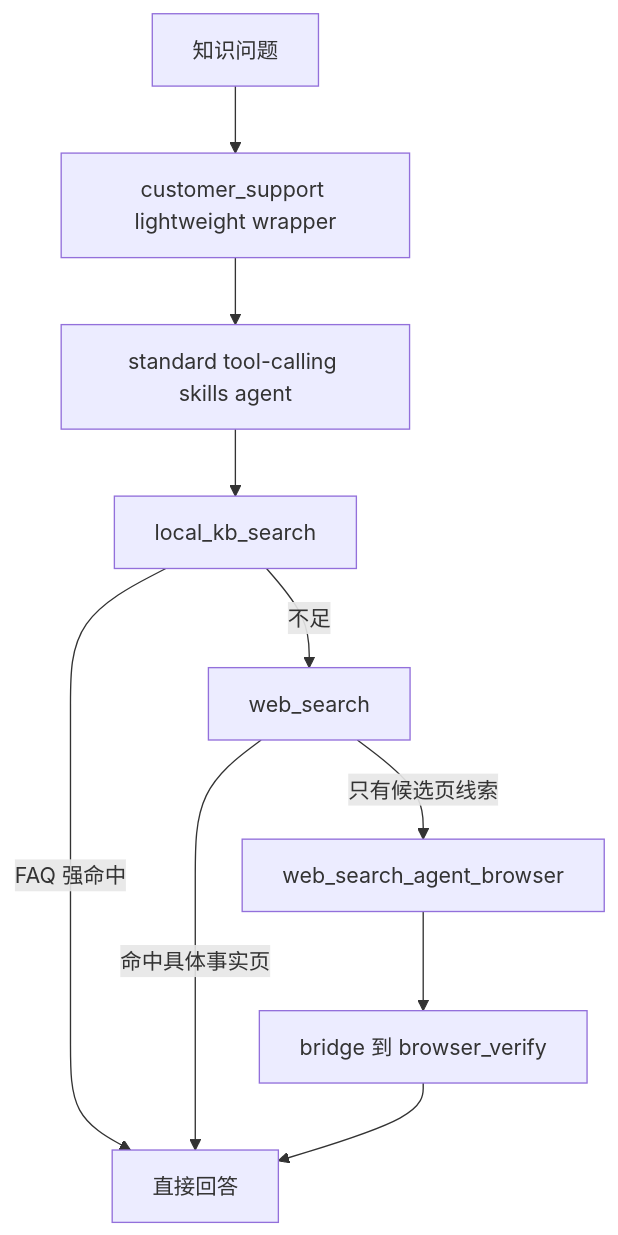
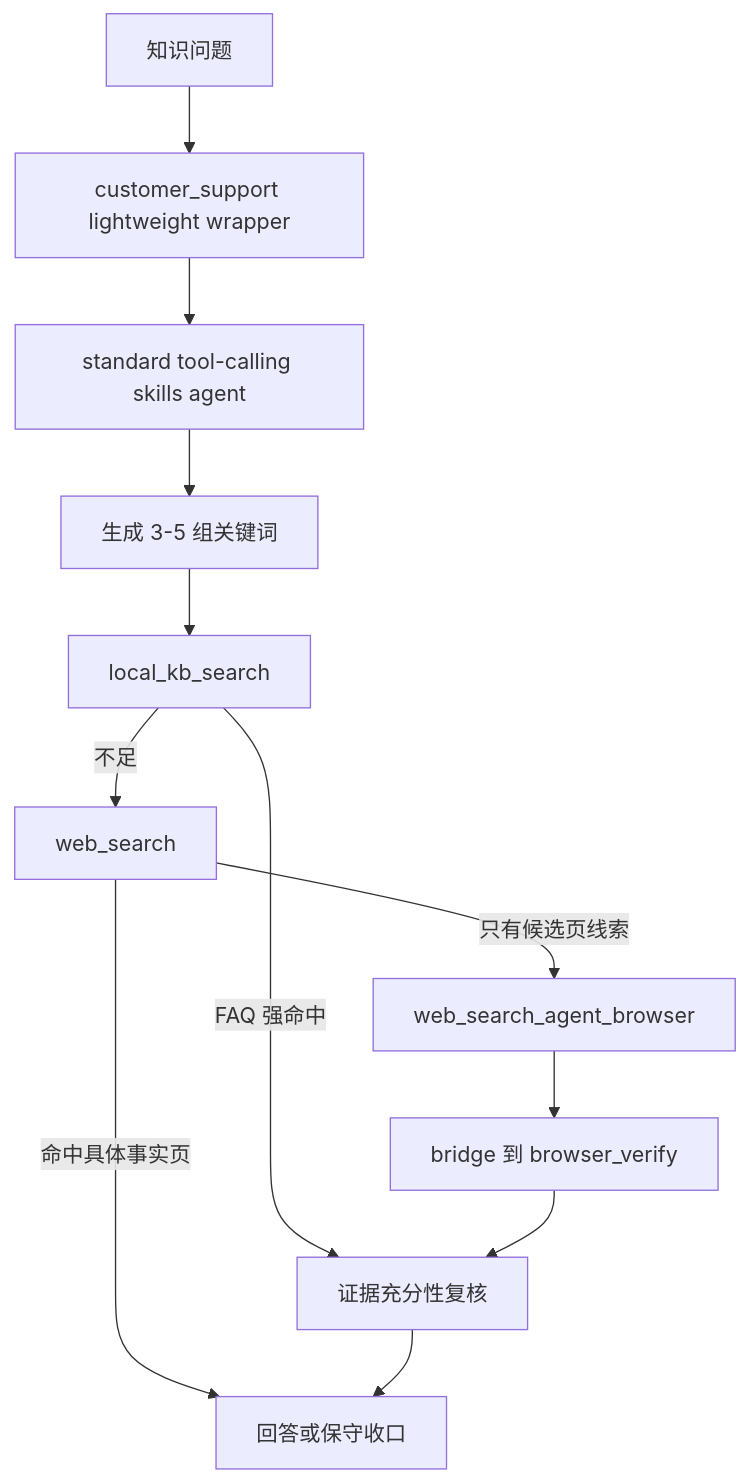
Before and after one commit to lr12338/hifleet-agent: the diagram in docs/KNOWLEDGE_BASE_GUIDE.md, drawn with Mermaid. The commit also changed other lines of this file and 32 other files, not shown here.

````diff
--- a/docs/KNOWLEDGE_BASE_GUIDE.md
+++ b/docs/KNOWLEDGE_BASE_GUIDE.md
@@ -22,12 +22,14 @@
 ```mermaid
 flowchart TD
     Q[知识问题] --> W[customer_support lightweight wrapper]
     W --> M[standard tool-calling skills agent]
-    M --> A[local_kb_search]
-    A -->|FAQ 强命中| Done[直接回答]
+    M --> Plan[生成 3-5 组关键词]
+    Plan --> A[local_kb_search]
+    A -->|FAQ 强命中| Review[证据充分性复核]
     A -->|不足| B[web_search]
     B -->|命中具体事实页| Done
     B -->|只有候选页线索| C[web_search_agent_browser]
     C --> D[bridge 到 browser_verify]
-    D --> Done
+    D --> Review
+    Review --> Done[回答或保守收口]
 ```
````
